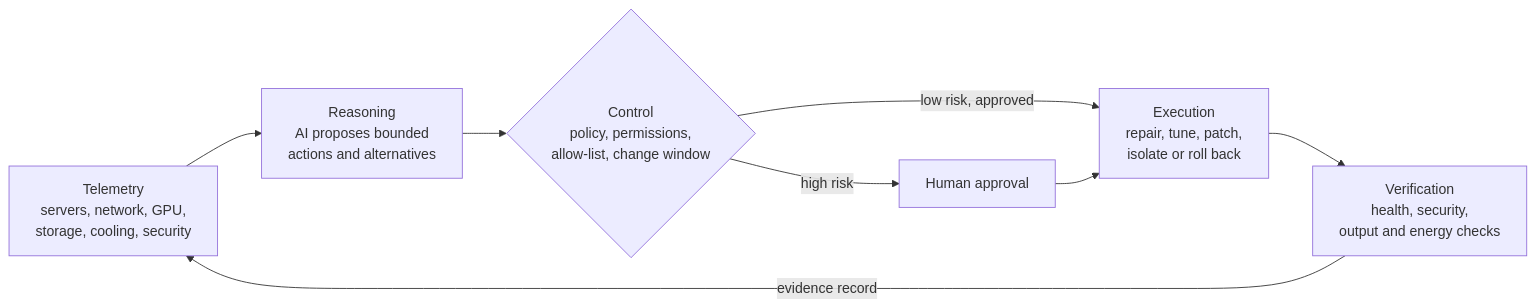
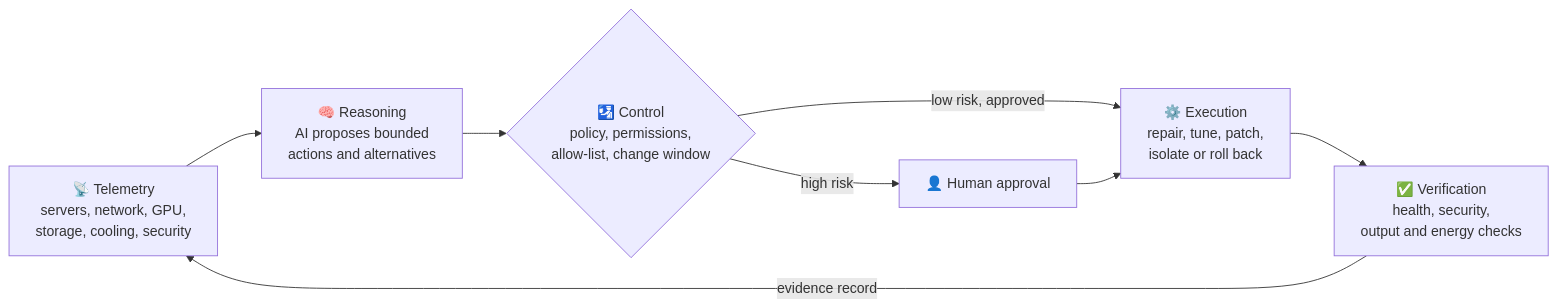
The fourth of 4 diagrams in README.md (hassankx/hassankx), drawn with Mermaid before and after one commit. The commit also changed other lines of this file and 1 other file, not shown here.

First line of the commit message:
Redesign profile: banner, charts, achievements and featured projects

````diff
--- a/README.md
+++ b/README.md
@@ -89,10 +270,10 @@
 ```mermaid
 flowchart LR
-    T["Telemetry<br/>servers, network, GPU,<br/>storage, cooling, security"] --> R["Reasoning<br/>AI proposes bounded<br/>actions and alternatives"]
-    R --> C{"Control<br/>policy, permissions,<br/>allow-list, change window"}
-    C -- "low risk, approved" --> E["Execution<br/>repair, tune, patch,<br/>isolate or roll back"]
-    C -- "high risk" --> H["Human approval"]
+    T["📡 Telemetry<br/>servers, network, GPU,<br/>storage, cooling, security"] --> R["🧠 Reasoning<br/>AI proposes bounded<br/>actions and alternatives"]
+    R --> C{"🛂 Control<br/>policy, permissions,<br/>allow-list, change window"}
+    C -- "low risk, approved" --> E["⚙️ Execution<br/>repair, tune, patch,<br/>isolate or roll back"]
+    C -- "high risk" --> H["👤 Human approval"]
     H --> E
-    E --> V["Verification<br/>health, security,<br/>output and energy checks"]
+    E --> V["✅ Verification<br/>health, security,<br/>output and energy checks"]
     V -- "evidence record" --> T
 ```
````
